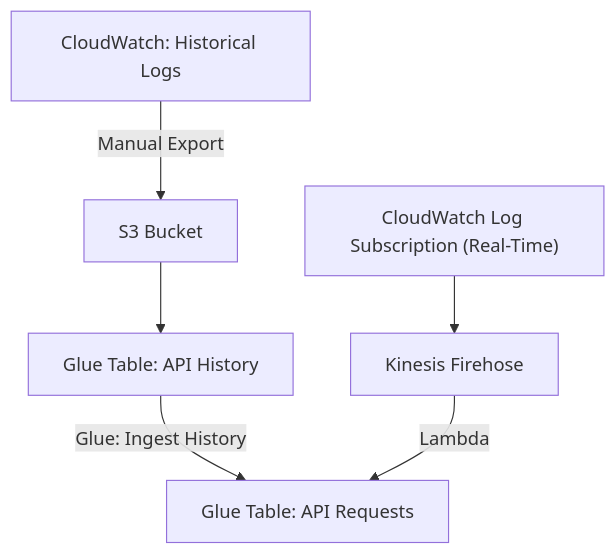
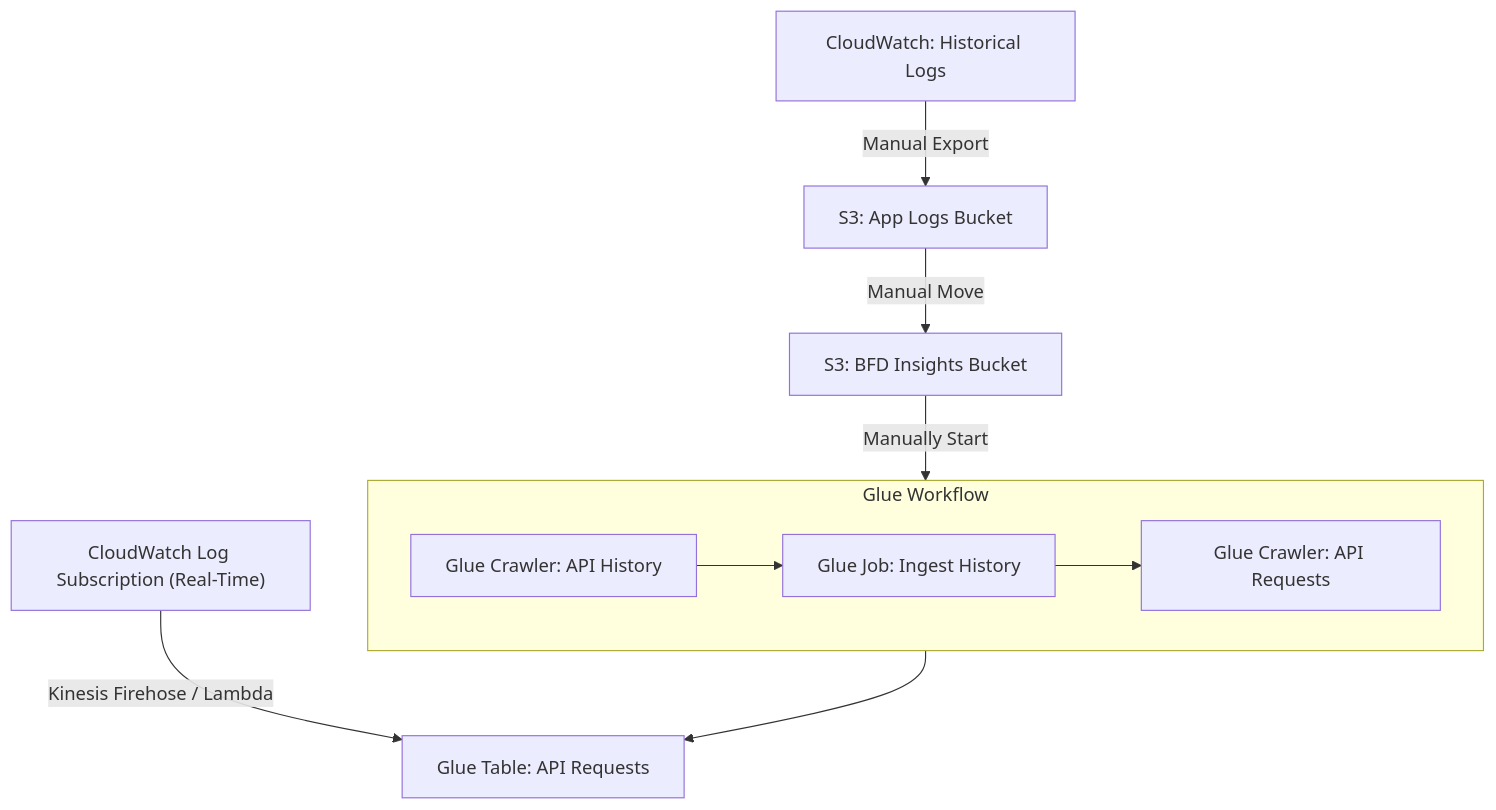
One commit to CMSgov/beneficiary-fhir-data changed the first of 2 diagrams in insights/terraform/projects/bfd/README.md. Above: the diagram before and after it, drawn with Mermaid. The commit also changed 1 other file, not shown here.

Commit message:
Documentation, clarity

````diff
--- a/insights/terraform/projects/bfd/README.md
+++ b/insights/terraform/projects/bfd/README.md
@@ -41,9 +41,12 @@
 ```mermaid
-flowchart TD
-    CloudWatch["CloudWatch: Historical Logs"] -->|Manual Export| S3
-    S3["S3 Bucket"] --> History["Glue Table: API History"]
-    History -->|Glue: Ingest History| APIRequests["Glue Table: API Requests"]
-
-    EC2["CloudWatch Log Subscription (Real-Time)"] --> Firehose["Kinesis Firehose"]
-    Firehose -->|Lambda| APIRequests
+flowchart TB
+    CloudWatch["CloudWatch: Historical Logs"] -->|Manual Export| AppLogs["S3: App Logs Bucket"]
+    AppLogs -->|Manual Move| S3["S3: BFD Insights Bucket"]
+    S3 -->|Manually Start| workflow
+    subgraph workflow [Glue Workflow]
+    HistoryCrawler["Glue Crawler: API History"] --> HistoryJob["Glue Job: Ingest History"]
+    HistoryJob --> RequestsCrawler["Glue Crawler: API Requests"]
+    end
+    workflow --> APIRequests["Glue Table: API Requests"]
+    LogSubscription["CloudWatch Log Subscription (Real-Time)"] -->|"Kinesis Firehose / Lambda"| APIRequests
 ```
````
